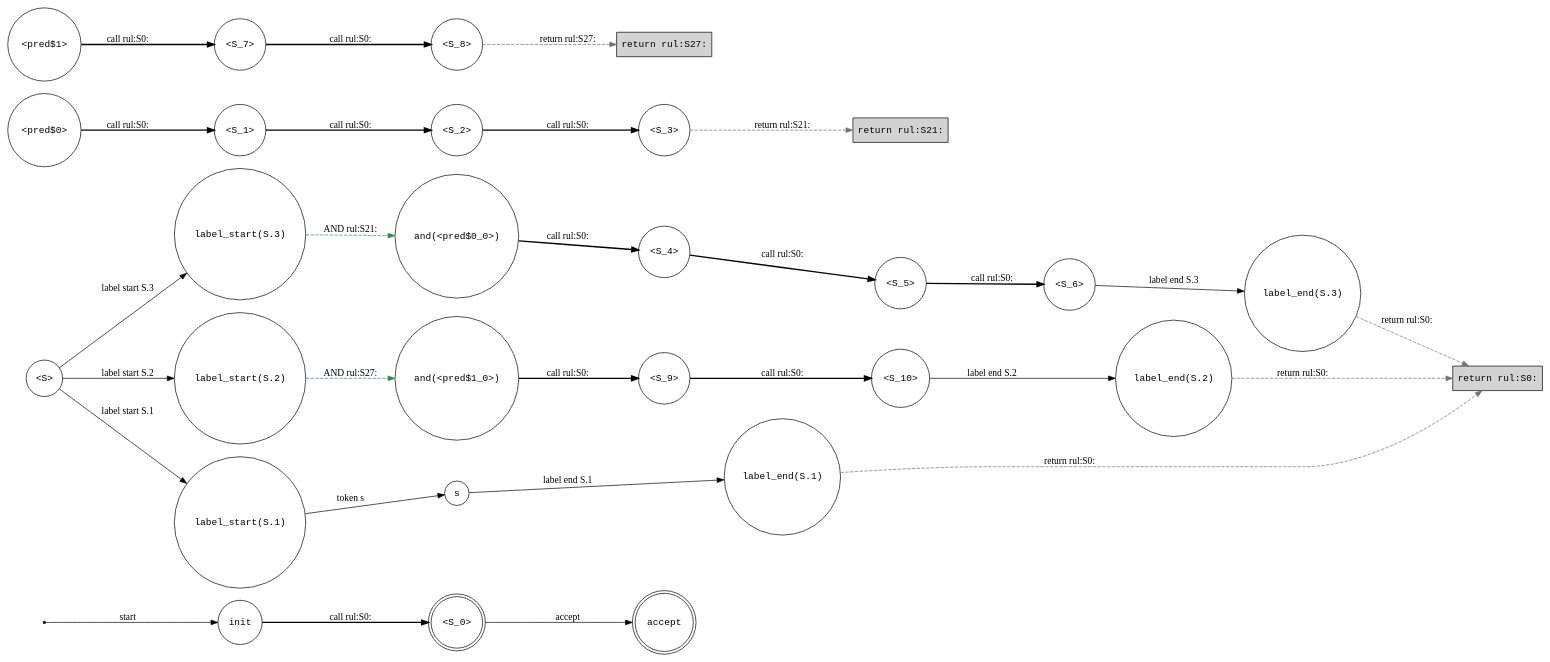
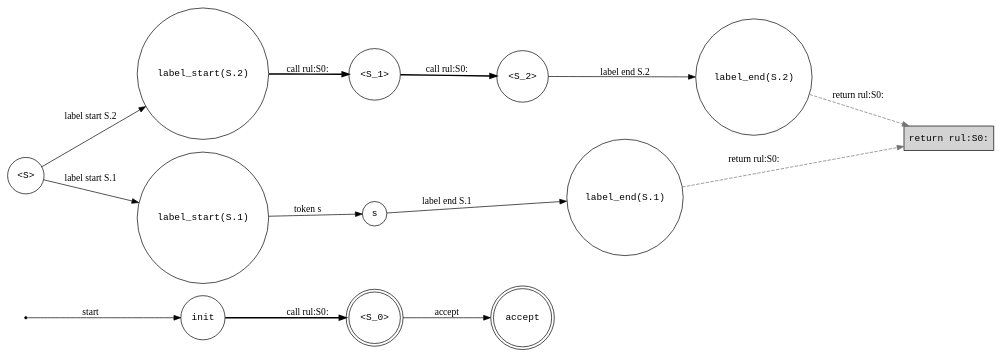
Before and after one commit to water-mizuu/glush_dart: the diagram in state-machine.dot, drawn with Graphviz. The commit also changed 8 other files, not shown here.

```diff
--- a/state-machine.dot
+++ b/state-machine.dot
@@ -1,60 +1,29 @@
 digraph StateMachine {
   rankdir=LR;
   node [fontname="Courier"];
   "__start__" [shape=point, label=""];
   "__accept__" [shape=doublecircle, label="accept"];
   "__return_rul:S0:__" [shape=box, label="return rul:S0:", style=filled, fillcolor=lightgray];
-  "__return_rul:S21:__" [shape=box, label="return rul:S21:", style=filled, fillcolor=lightgray];
-  "__return_rul:S27:__" [shape=box, label="return rul:S27:", style=filled, fillcolor=lightgray];
   "S0" [shape=circle, label="init"];
   "S1" [shape=doublecircle, label="<S_0>"];
   "S2" [shape=circle, label="<S>"];
-  "S3" [shape=circle, label="label_start(S.3)"];
-  "S4" [shape=circle, label="label_start(S.2)"];
-  "S5" [shape=circle, label="label_start(S.1)"];
-  "S6" [shape=circle, label="and(<pred$0_0>)"];
-  "S7" [shape=circle, label="<S_4>"];
-  "S8" [shape=circle, label="<S_5>"];
-  "S9" [shape=circle, label="<S_6>"];
-  "S10" [shape=circle, label="label_end(S.3)"];
-  "S11" [shape=circle, label="and(<pred$1_0>)"];
-  "S12" [shape=circle, label="<S_9>"];
-  "S13" [shape=circle, label="<S_10>"];
-  "S14" [shape=circle, label="label_end(S.2)"];
-  "S15" [shape=circle, label="s"];
-  "S16" [shape=circle, label="label_end(S.1)"];
-  "S17" [shape=circle, label="<pred$0>"];
-  "S18" [shape=circle, label="<S_1>"];
-  "S19" [shape=circle, label="<S_2>"];
-  "S20" [shape=circle, label="<S_3>"];
-  "S21" [shape=circle, label="<pred$1>"];
-  "S22" [shape=circle, label="<S_7>"];
-  "S23" [shape=circle, label="<S_8>"];
+  "S3" [shape=circle, label="label_start(S.2)"];
+  "S4" [shape=circle, label="label_start(S.1)"];
+  "S5" [shape=circle, label="<S_1>"];
+  "S6" [shape=circle, label="<S_2>"];
+  "S7" [shape=circle, label="label_end(S.2)"];
+  "S8" [shape=circle, label="s"];
+  "S9" [shape=circle, label="label_end(S.1)"];
   "__start__" -> "S0" [label="start"];
   "S0" -> "S1" [label="call rul:S0:", style=bold];
   "S1" -> "__accept__" [label="accept"];
-  "S2" -> "S3" [label="label start S.3"];
-  "S2" -> "S4" [label="label start S.2"];
-  "S2" -> "S5" [label="label start S.1"];
-  "S3" -> "S6" [label="AND rul:S21:", style=dashed, color=seagreen4];
-  "S4" -> "S11" [label="AND rul:S27:", style=dashed, color=seagreen4];
-  "S5" -> "S15" [label="token s"];
-  "S6" -> "S7" [label="call rul:S0:", style=bold];
-  "S7" -> "S8" [label="call rul:S0:", style=bold];
-  "S8" -> "S9" [label="call rul:S0:", style=bold];
-  "S9" -> "S10" [label="label end S.3"];
-  "S10" -> "__return_rul:S0:__" [label="return rul:S0:", style=dashed, color=gray45];
-  "S11" -> "S12" [label="call rul:S0:", style=bold];
-  "S12" -> "S13" [label="call rul:S0:", style=bold];
-  "S13" -> "S14" [label="label end S.2"];
-  "S14" -> "__return_rul:S0:__" [label="return rul:S0:", style=dashed, color=gray45];
-  "S15" -> "S16" [label="label end S.1"];
-  "S16" -> "__return_rul:S0:__" [label="return rul:S0:", style=dashed, color=gray45];
-  "S17" -> "S18" [label="call rul:S0:", style=bold];
-  "S18" -> "S19" [label="call rul:S0:", style=bold];
-  "S19" -> "S20" [label="call rul:S0:", style=bold];
-  "S20" -> "__return_rul:S21:__" [label="return rul:S21:", style=dashed, color=gray45];
-  "S21" -> "S22" [label="call rul:S0:", style=bold];
-  "S22" -> "S23" [label="call rul:S0:", style=bold];
-  "S23" -> "__return_rul:S27:__" [label="return rul:S27:", style=dashed, color=gray45];
+  "S2" -> "S3" [label="label start S.2"];
+  "S2" -> "S4" [label="label start S.1"];
+  "S3" -> "S5" [label="call rul:S0:", style=bold];
+  "S4" -> "S8" [label="token s"];
+  "S5" -> "S6" [label="call rul:S0:", style=bold];
+  "S6" -> "S7" [label="label end S.2"];
+  "S7" -> "__return_rul:S0:__" [label="return rul:S0:", style=dashed, color=gray45];
+  "S8" -> "S9" [label="label end S.1"];
+  "S9" -> "__return_rul:S0:__" [label="return rul:S0:", style=dashed, color=gray45];
 }
```
